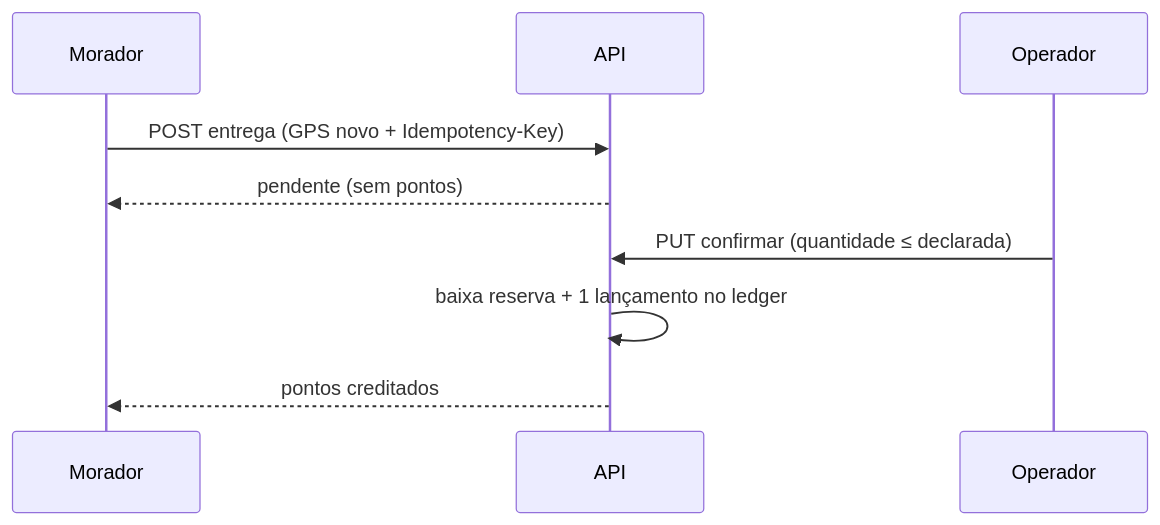
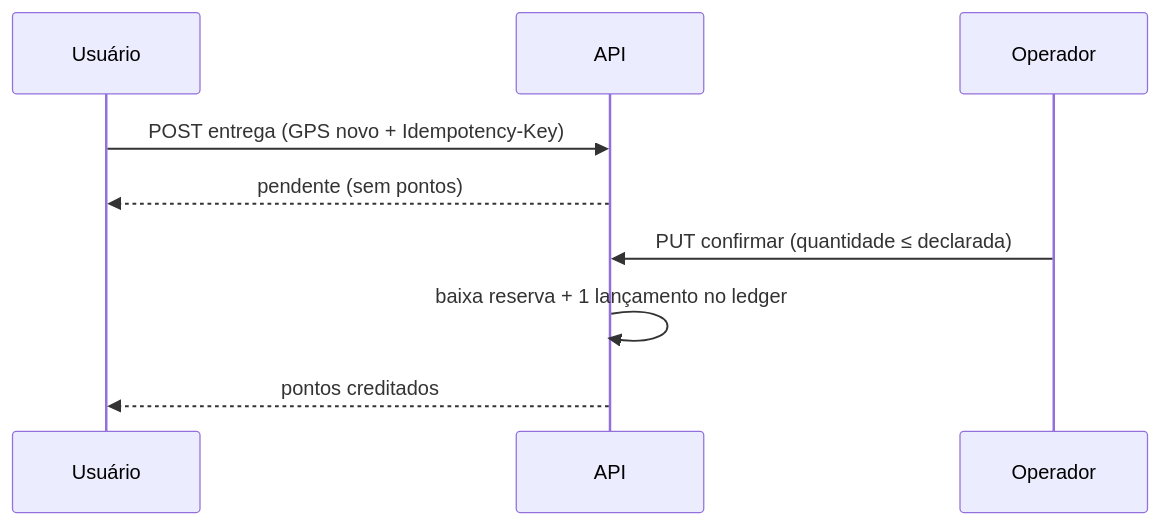
Before and after one commit to Residuum-Organization/residuum-documentacao: the fourth of 4 diagrams in docs/02-arquitetura/diagramas.md, drawn with Mermaid. The commit also changed other lines of this file and 101 other files, not shown here.

First line of the commit message:
docs: troca "morador" por "usuário" em todos os documentos

````diff
--- a/docs/02-arquitetura/diagramas.md
+++ b/docs/02-arquitetura/diagramas.md
@@ -47,11 +47,11 @@
 ```mermaid
 sequenceDiagram
-  participant M as Morador
+  participant M as Usuário
   participant A as API
   participant O as Operador
   M->>A: POST entrega (GPS novo + Idempotency-Key)
   A-->>M: pendente (sem pontos)
   O->>A: PUT confirmar (quantidade ≤ declarada)
   A->>A: baixa reserva + 1 lançamento no ledger
   A-->>M: pontos creditados
 ```
````
